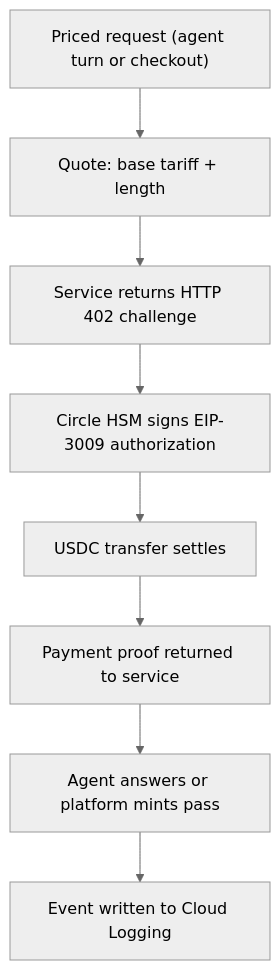
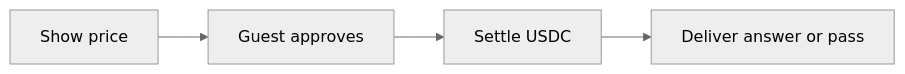
One commit to Effisend-Labs/Open-Dome changed the fourth of 6 diagrams in README.md. Above: the diagram before and after it, drawn with Mermaid (neutral theme). The commit also changed other lines of this file and 2 other files, not shown here.

First line of the commit message:
Clarify guest App vs developer Sandbox paths and simplify docs.

````diff
--- a/README.md
+++ b/README.md
@@ -117,10 +163,6 @@
 ```mermaid
-flowchart TD
-  Request["Priced request (agent turn or checkout)"] --> Quote["Quote: base tariff + length"]
-  Quote --> Challenge["Service returns HTTP 402 challenge"]
-  Challenge --> Sign["Circle HSM signs EIP-3009 authorization"]
-  Sign --> Settle["USDC transfer settles"]
-  Settle --> Proof["Payment proof returned to service"]
-  Proof --> Fulfill["Agent answers or platform mints pass"]
-  Fulfill --> Log["Event written to Cloud Logging"]
+flowchart LR
+  Quote["Show price"] --> Approval["Guest approves"]
+  Approval --> Payment["Settle USDC"]
+  Payment --> Result["Deliver answer or pass"]
 ```
````
